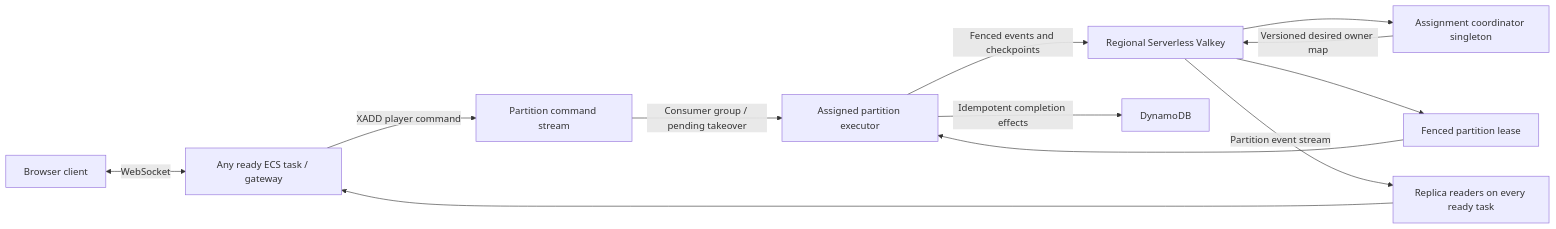
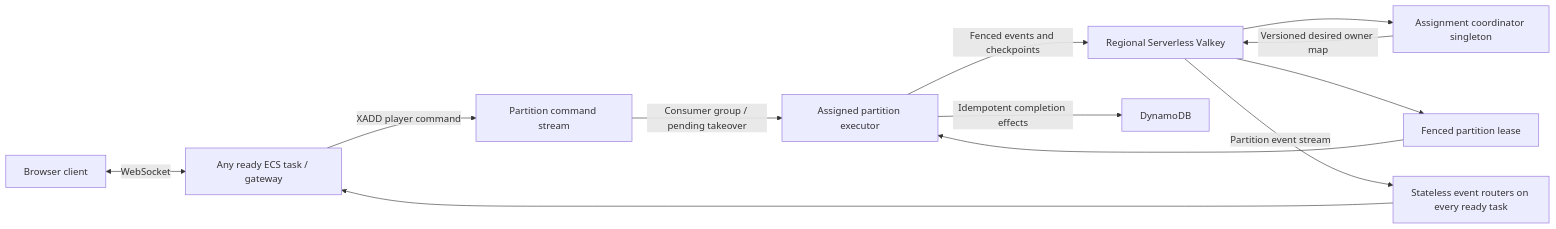
Before and after one commit to lopatin/Snaketron: the diagram in specs/autoscaling-resilience-prd.md, drawn with Mermaid. The commit also changed other lines of this file, not shown here.

First line of the commit message:
Revise PRD: stateless gateway event routing replaces state replication

```diff
--- a/specs/autoscaling-resilience-prd.md
+++ b/specs/autoscaling-resilience-prd.md
@@ -167,14 +167,14 @@
 ~~~mermaid
 flowchart LR
     C["Browser client"] <-->|"WebSocket"| G["Any ready ECS task / gateway"]
     G -->|"XADD player command"| CS["Partition command stream"]
     A["Assignment coordinator singleton"] -->|"Versioned desired owner map"| V["Regional Serverless Valkey"]
     V --> A
     V --> L["Fenced partition lease"]
     CS -->|"Consumer group / pending takeover"| E["Assigned partition executor"]
     L --> E
     E -->|"Fenced events and checkpoints"| V
-    V -->|"Partition event stream"| R["Replica readers on every ready task"]
+    V -->|"Partition event stream"| R["Stateless event routers on every ready task"]
     R --> G
     E -->|"Idempotent completion effects"| D["DynamoDB"]
 ~~~
```
